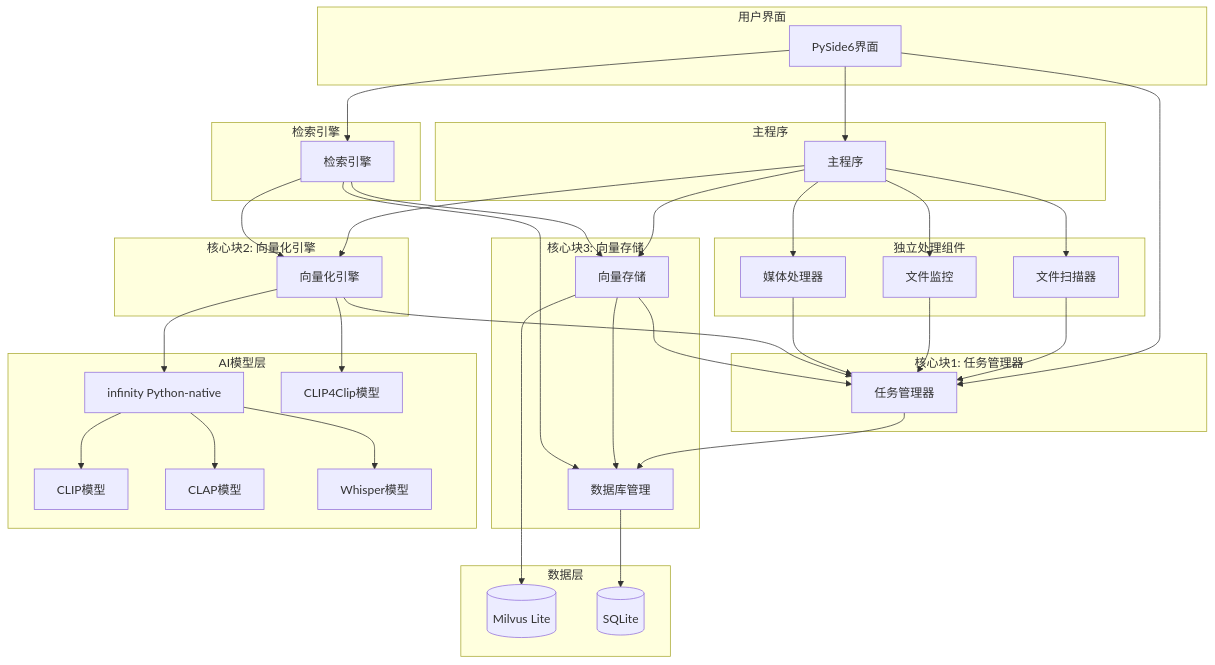
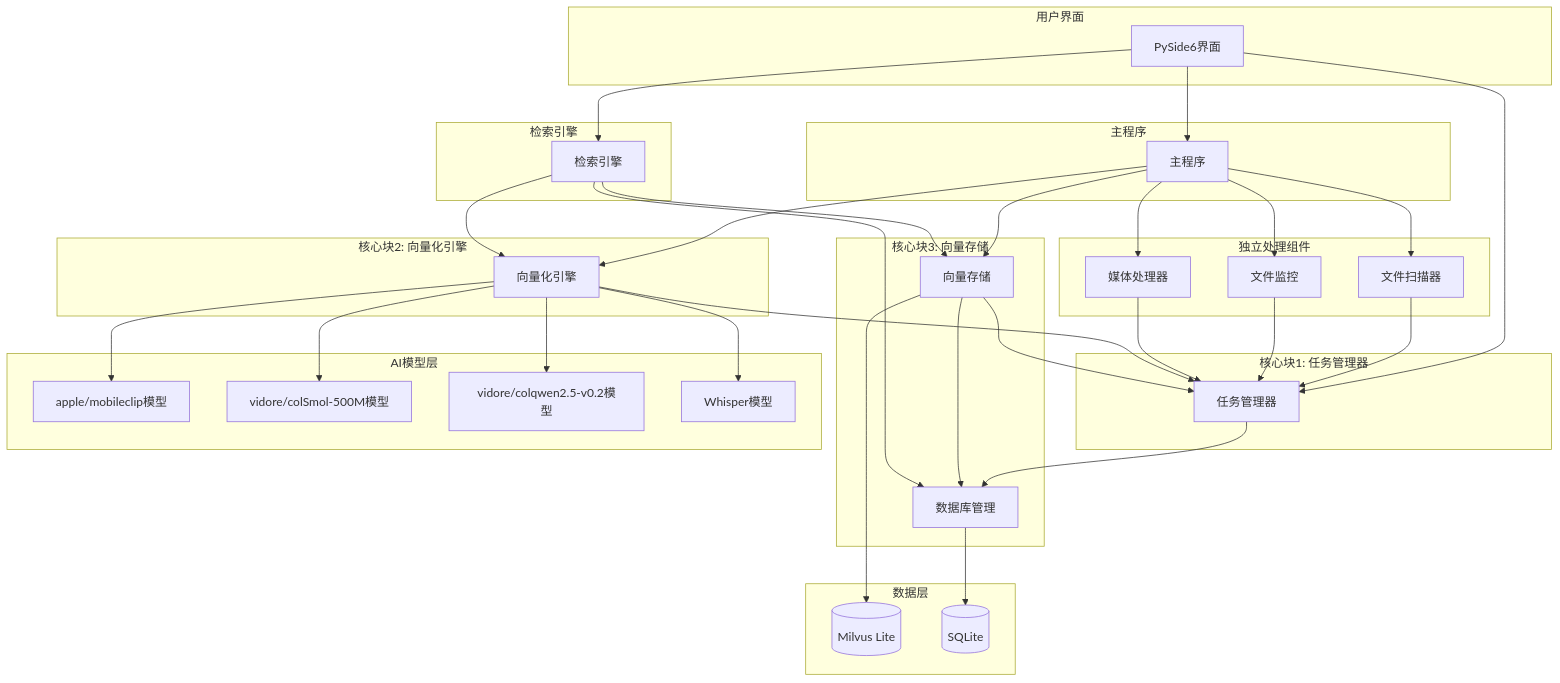
The second of 2 diagrams in .kiro/specs/multimodal-search-system/design.md (cr4342/msearch), drawn with Mermaid before and after one commit. The commit also changed other lines of this file and 3 other files, not shown here.

````diff
--- a/.kiro/specs/multimodal-search-system/design.md
+++ b/.kiro/specs/multimodal-search-system/design.md
@@ -365,78 +340,76 @@
 ```mermaid
 graph TB
     subgraph "用户界面"
         UI[PySide6界面]
     end
     
     subgraph "主程序"
         Main[主程序]
     end
     
     subgraph "核心块1: 任务管理器"
         TaskManager[任务管理器]
     end
     
     subgraph "核心块2: 向量化引擎"
         EmbeddingEngine[向量化引擎]
     end
     
     subgraph "核心块3: 向量存储"
         VectorStore[向量存储]
         DatabaseManager[数据库管理]
     end
     
     subgraph "独立处理组件"
         FileScanner[文件扫描器]
         FileMonitor[文件监控]
         MediaProcessor[媒体处理器]
     end
     
     subgraph "检索引擎"
         SearchEngine[检索引擎]
     end
     
     subgraph "AI模型层"
-        Infinity[infinity Python-native]
-        CLIP[CLIP模型]
-        CLAP[CLAP模型]
+        MobileClip[apple/mobileclip模型]
+        ColSmol[vidore/colSmol-500M模型]
+        ColQwen[vidore/colqwen2.5-v0.2模型]
         Whisper[Whisper模型]
-        CLIP4Clip[CLIP4Clip模型]
     end
     
     subgraph "数据层"
         MilvusLite[(Milvus Lite)]
         SQLite[(SQLite)]
     end
     
     UI --> TaskManager
     UI --> Main
     UI --> SearchEngine
     
     Main --> FileScanner
     Main --> FileMonitor
     Main --> MediaProcessor
     Main --> EmbeddingEngine
     Main --> VectorStore
     
     TaskManager --> DatabaseManager
     
-    EmbeddingEngine --> Infinity
-    EmbeddingEngine --> CLIP4Clip
-    Infinity --> CLIP
-    Infinity --> CLAP
-    Infinity --> Whisper
+    EmbeddingEngine --> MobileClip
+    EmbeddingEngine --> ColSmol
+    EmbeddingEngine --> ColQwen
+    EmbeddingEngine --> Whisper
     
     VectorStore --> MilvusLite
     VectorStore --> DatabaseManager
     DatabaseManager --> SQLite
     
     FileScanner --> TaskManager
     FileMonitor --> TaskManager
     MediaProcessor --> TaskManager
     EmbeddingEngine --> TaskManager
     VectorStore --> TaskManager
     
     SearchEngine --> EmbeddingEngine
     SearchEngine --> VectorStore
     SearchEngine --> DatabaseManager
 ```
````
